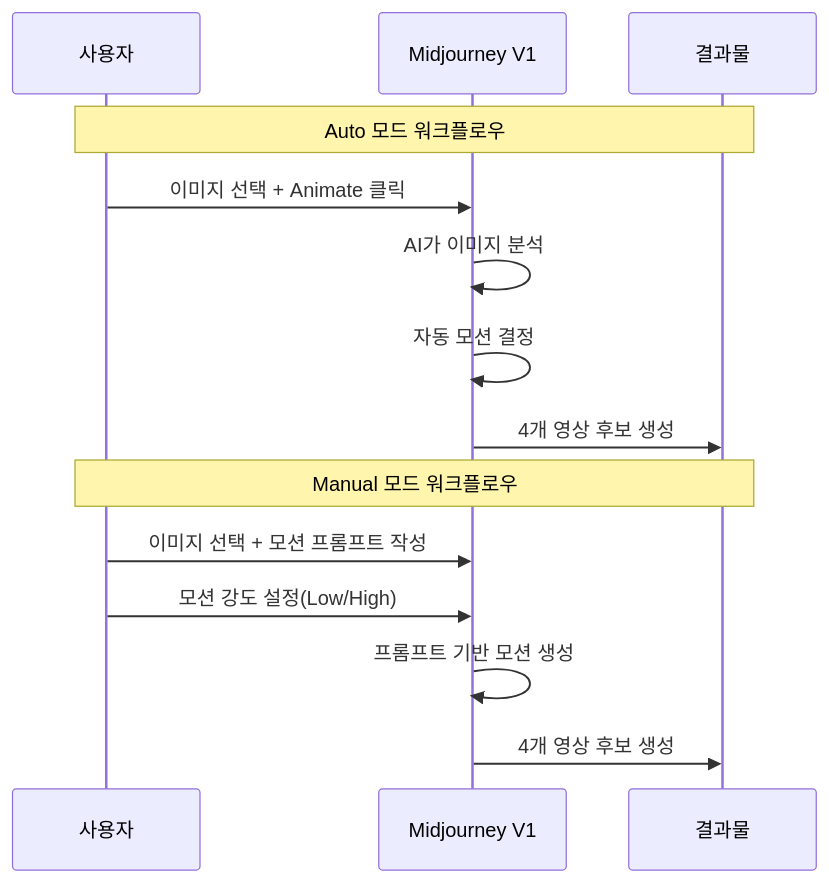
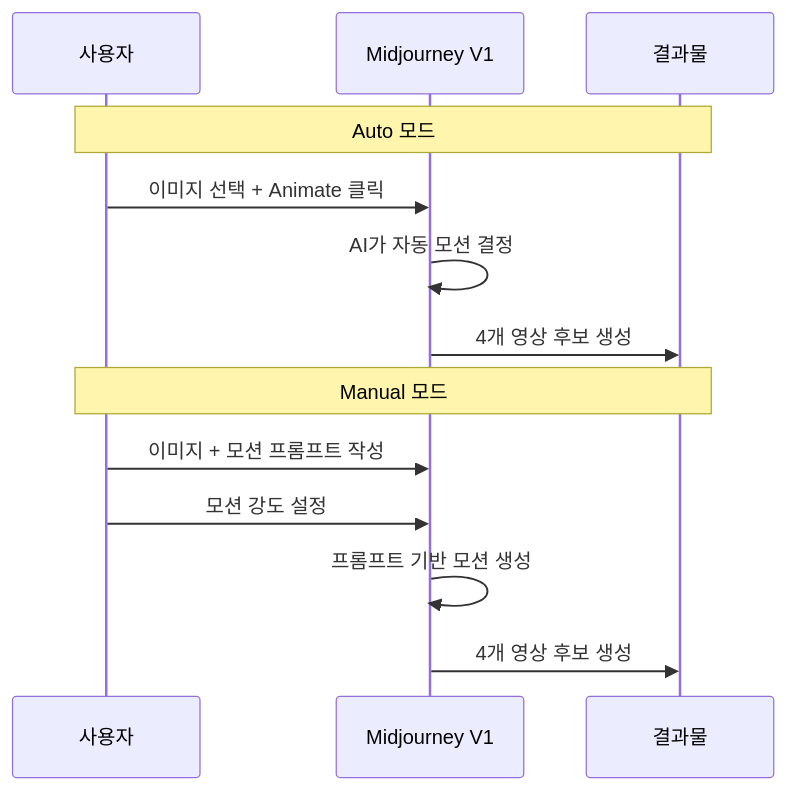
One commit to jsonpassion/forge-tutorial-promptcanvas changed the third of 3 diagrams in 10-ch10-midjourney-영상-생성/02-02-image-to-video-정지-이미지에-생명-불어넣기.md. Above: the diagram before and after it, drawn with Mermaid. The commit also changed other lines of this file and 63 other files, not shown here.

````diff
--- a/10-ch10-midjourney-영상-생성/02-02-image-to-video-정지-이미지에-생명-불어넣기.md
+++ b/10-ch10-midjourney-영상-생성/02-02-image-to-video-정지-이미지에-생명-불어넣기.md
@@ -137,18 +151,17 @@
 ```mermaid
 sequenceDiagram
     participant U as 사용자
     participant MJ as Midjourney V1
     participant R as 결과물
 
-    Note over U,R: Auto 모드 워크플로우
+    Note over U,R: Auto 모드
     U->>MJ: 이미지 선택 + Animate 클릭
-    MJ->>MJ: AI가 이미지 분석
-    MJ->>MJ: 자동 모션 결정
+    MJ->>MJ: AI가 자동 모션 결정
     MJ->>R: 4개 영상 후보 생성
 
-    Note over U,R: Manual 모드 워크플로우
-    U->>MJ: 이미지 선택 + 모션 프롬프트 작성
-    U->>MJ: 모션 강도 설정(Low/High)
+    Note over U,R: Manual 모드
+    U->>MJ: 이미지 + 모션 프롬프트 작성
+    U->>MJ: 모션 강도 설정
     MJ->>MJ: 프롬프트 기반 모션 생성
     MJ->>R: 4개 영상 후보 생성
 ```
````
